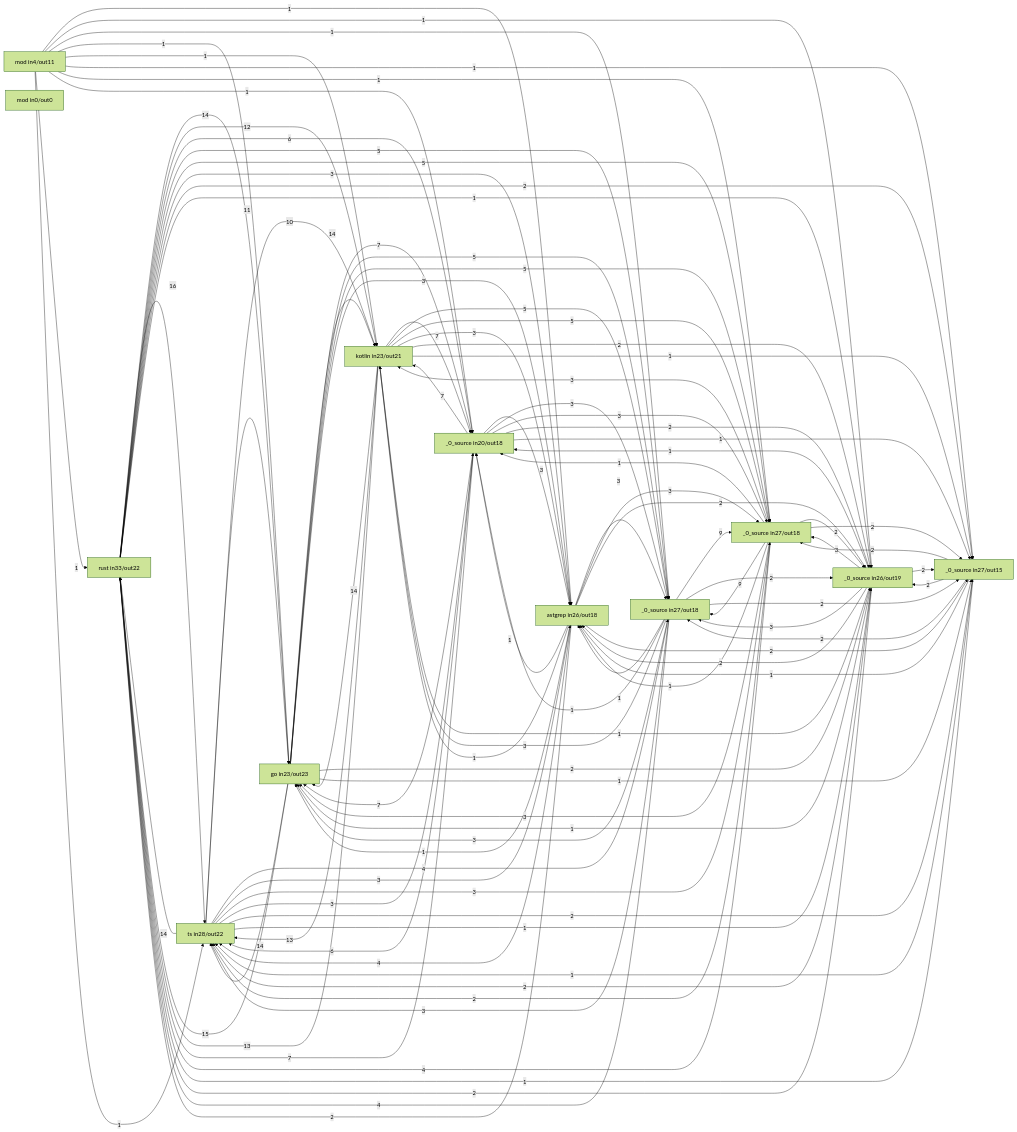
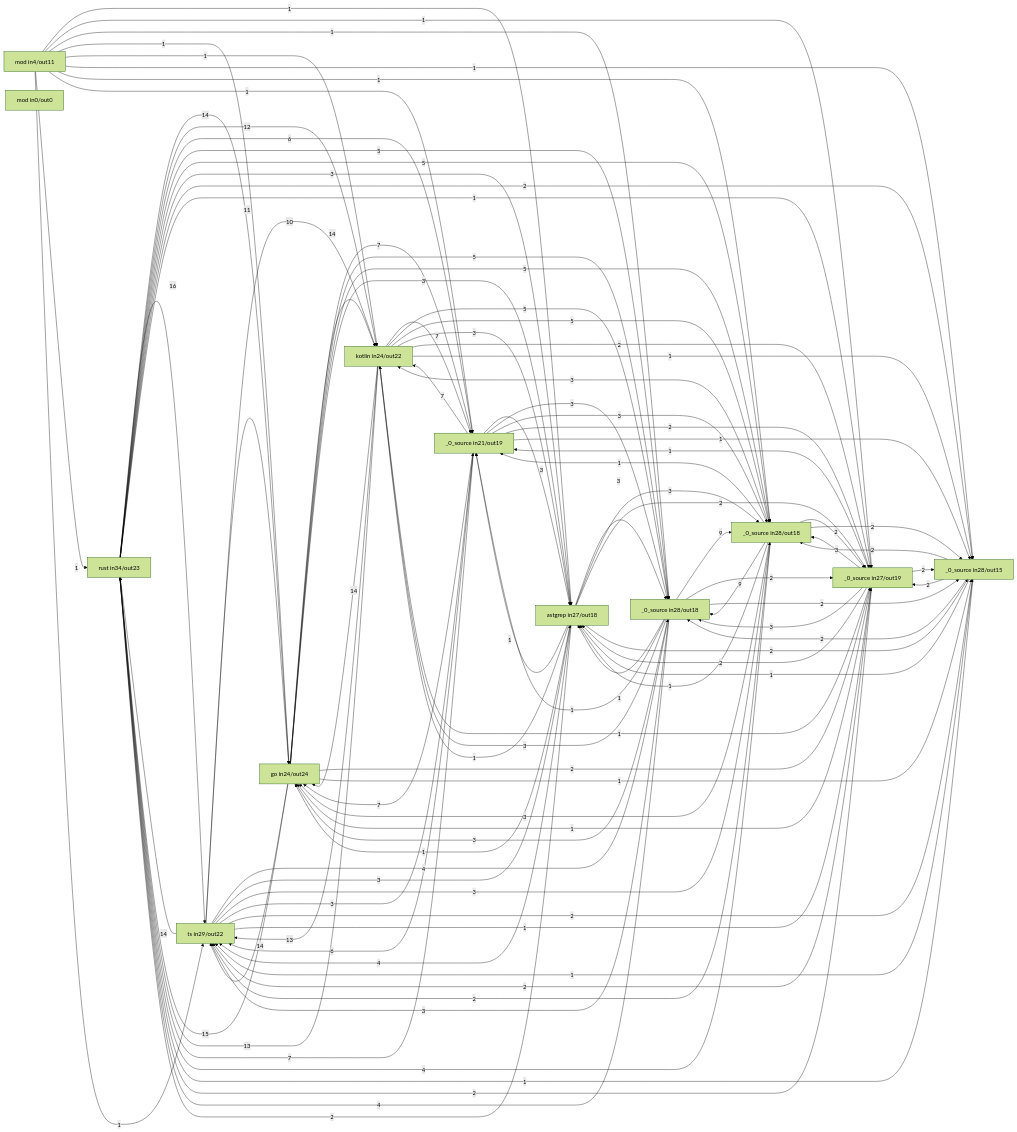
The third of 5 diagrams in docs/selfdoc/extract.md (hafley66/sprefa), drawn with Mermaid (forest theme) before and after one commit. The commit also changed other lines of this file and 1 other file, not shown here.

````diff
--- a/docs/selfdoc/extract.md
+++ b/docs/selfdoc/extract.md
@@ -141,15 +141,15 @@
 ```mermaid
 flowchart LR
-  n1["rust  in33/out22"]
-  n2["ts  in28/out22"]
-  n3["_0_source  in27/out18"]
-  n4["_0_source  in27/out18"]
-  n5["_0_source  in27/out15"]
-  n6["_0_source  in26/out19"]
-  n7["astgrep  in26/out18"]
-  n8["go  in23/out23"]
-  n9["kotlin  in23/out21"]
-  n10["_0_source  in20/out18"]
+  n1["rust  in34/out23"]
+  n2["ts  in29/out22"]
+  n3["_0_source  in28/out18"]
+  n4["_0_source  in28/out18"]
+  n5["_0_source  in28/out15"]
+  n6["_0_source  in27/out19"]
+  n7["astgrep  in27/out18"]
+  n8["go  in24/out24"]
+  n9["kotlin  in24/out22"]
+  n10["_0_source  in21/out19"]
   n11["mod  in4/out11"]
   n12["mod  in0/out0"]
   n1 -->|16| n2
````
